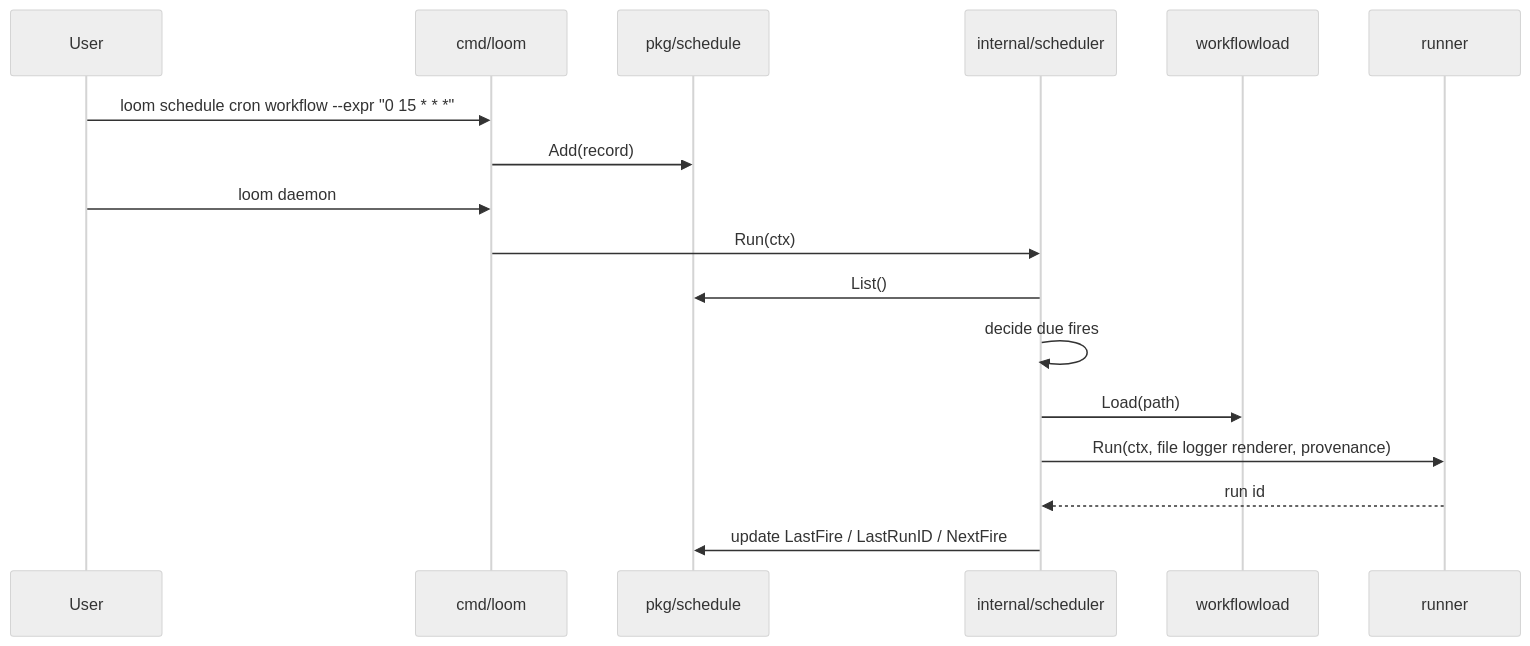
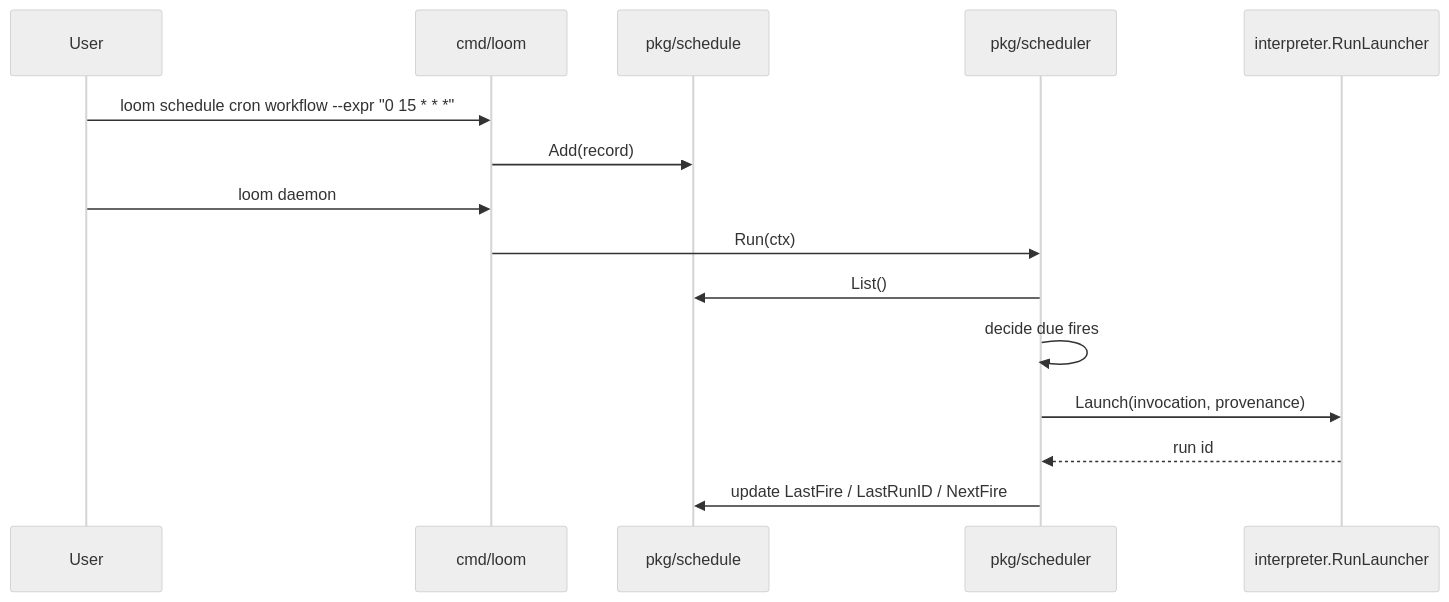
One commit to mcuste/loom changed the fourth of 4 diagrams in docs/cmd-loom-implementation.md. Above: the diagram before and after it, drawn with Mermaid (neutral theme). The commit also changed other lines of this file and 32 other files, not shown here.

Commit message:
[workflow][executor][scheduler] split interpreter and scheduler contexts

````diff
--- a/docs/cmd-loom-implementation.md
+++ b/docs/cmd-loom-implementation.md
@@ -378,20 +386,18 @@
 ```mermaid
 sequenceDiagram
   participant User
   participant CLI as cmd/loom
   participant Sched as pkg/schedule
-  participant Daemon as internal/scheduler
-  participant Load as workflowload
-  participant Runner as runner
+  participant Daemon as pkg/scheduler
+  participant Interp as interpreter.RunLauncher
 
   User->>CLI: loom schedule cron workflow --expr "0 15 * * *"
   CLI->>Sched: Add(record)
   User->>CLI: loom daemon
   CLI->>Daemon: Run(ctx)
   Daemon->>Sched: List()
   Daemon->>Daemon: decide due fires
-  Daemon->>Load: Load(path)
-  Daemon->>Runner: Run(ctx, file logger renderer, provenance)
-  Runner-->>Daemon: run id
+  Daemon->>Interp: Launch(invocation, provenance)
+  Interp-->>Daemon: run id
   Daemon->>Sched: update LastFire / LastRunID / NextFire
 ```
````
